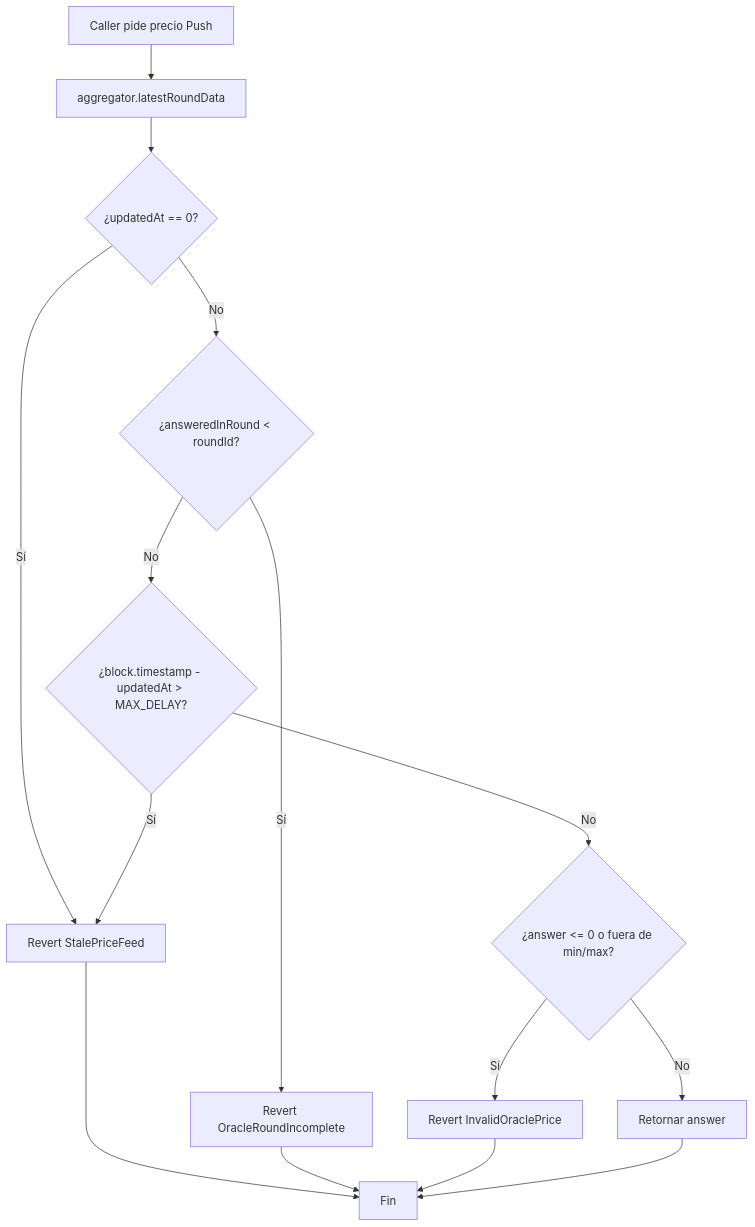
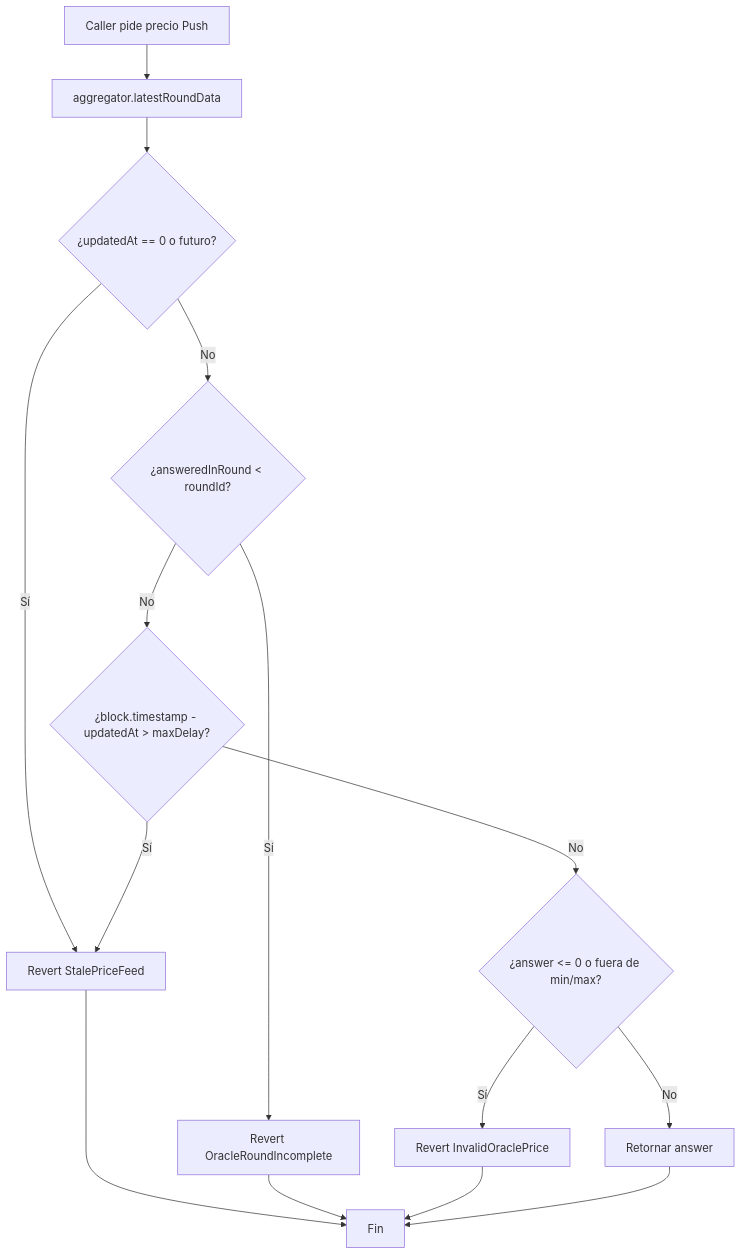
The first of 7 diagrams in doc/diagrama-de-flujo.md (rastrahm/decentralized-oracles), drawn with Mermaid before and after one commit. The commit also changed other lines of this file and 12 other files, not shown here.

````diff
--- a/doc/diagrama-de-flujo.md
+++ b/doc/diagrama-de-flujo.md
@@ -7,17 +7,17 @@
 ```mermaid
 flowchart TD
     A[Caller pide precio Push] --> B[aggregator.latestRoundData]
-    B --> C{¿updatedAt == 0?}
+    B --> C{¿updatedAt == 0 o futuro?}
     C -->|Sí| D[Revert StalePriceFeed]
     C -->|No| E{¿answeredInRound < roundId?}
     E -->|Sí| F[Revert OracleRoundIncomplete]
-    E -->|No| G{¿block.timestamp - updatedAt > MAX_DELAY?}
+    E -->|No| G{¿block.timestamp - updatedAt > maxDelay?}
     G -->|Sí| D
     G -->|No| H{¿answer <= 0 o fuera de min/max?}
     H -->|Sí| I[Revert InvalidOraclePrice]
     H -->|No| J[Retornar answer]
     D --> Z[Fin]
     F --> Z
     I --> Z
     J --> Z
 ```
````
